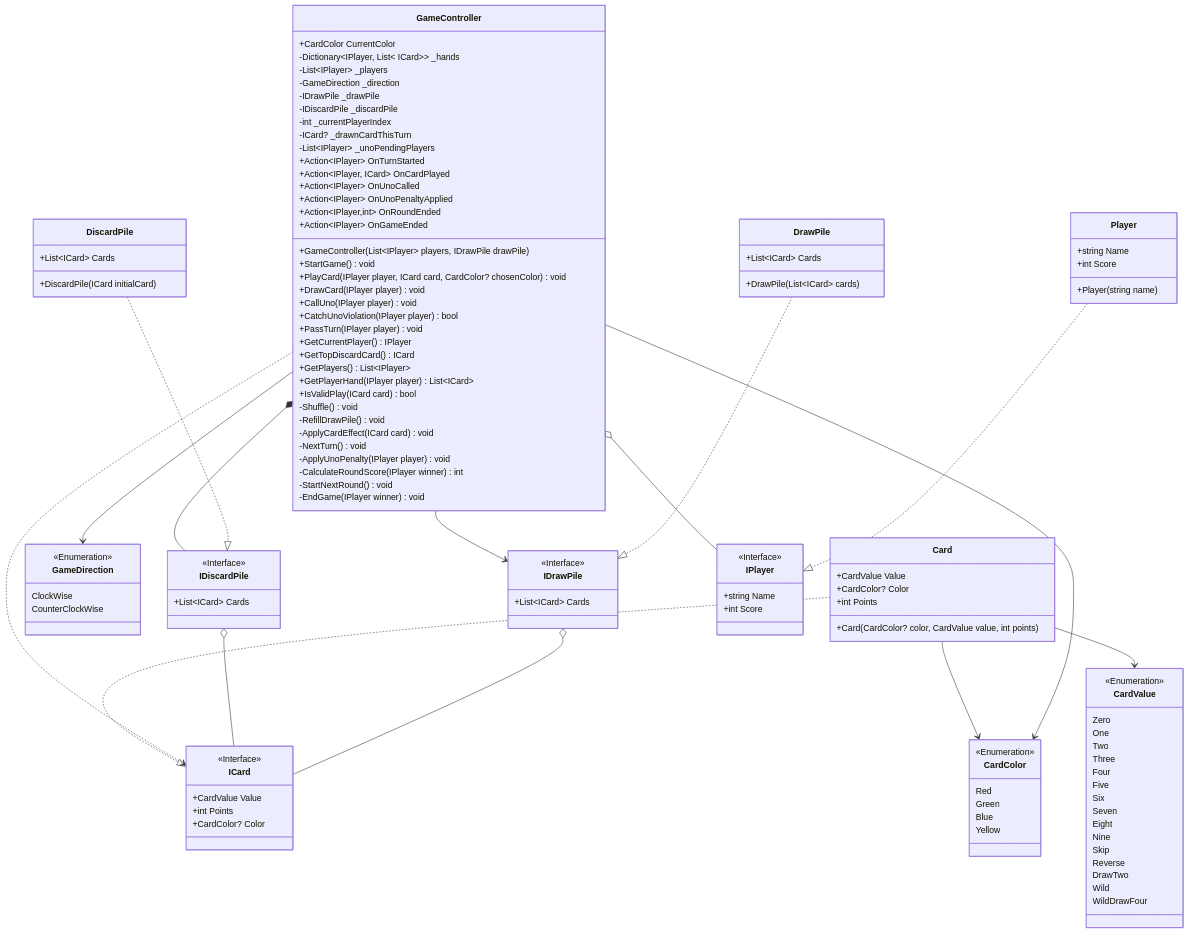
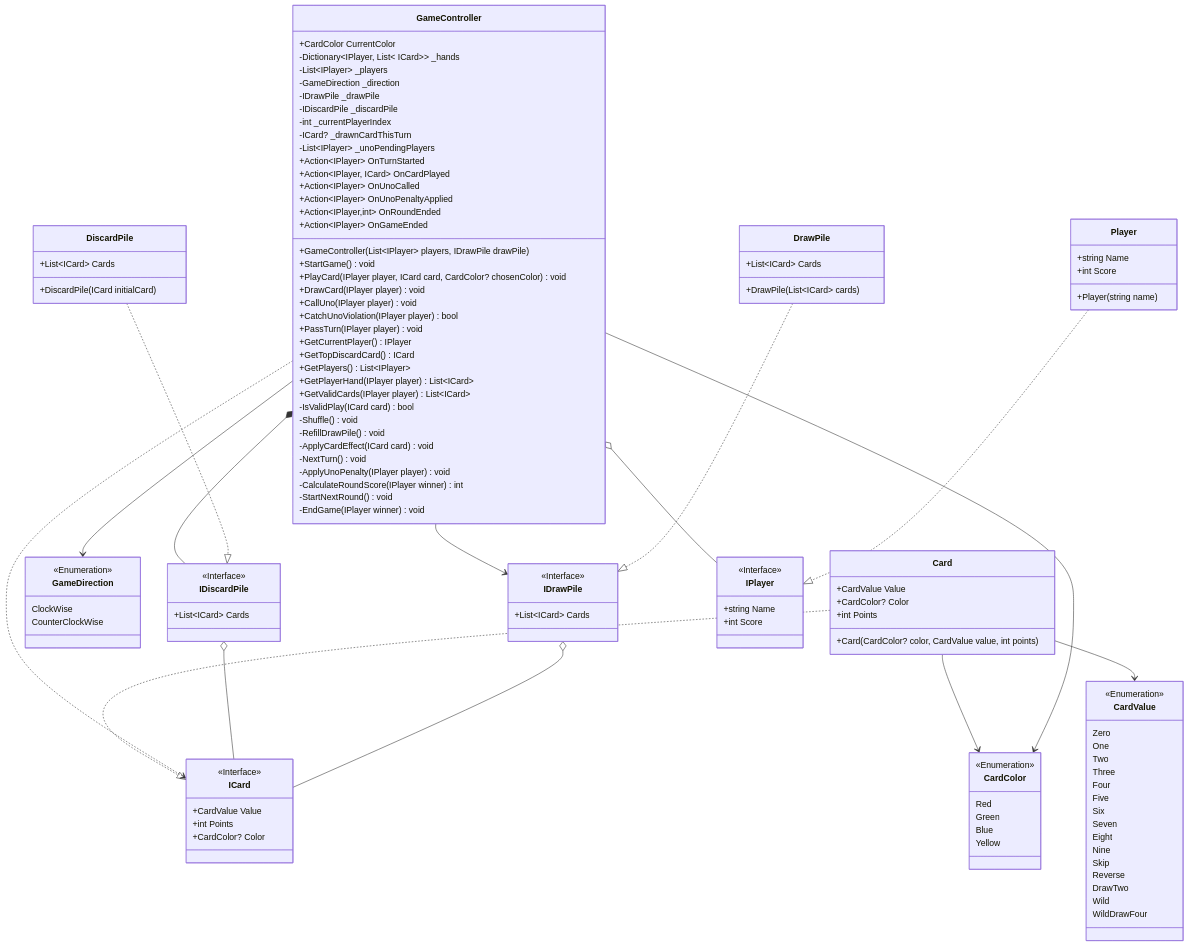
One commit to putramkti/batch-19 changed the diagram in IndividualProject/ClassDiagram/uno.md. Above: the diagram before and after it, drawn with Mermaid.

Commit message:
Refactor class diagram by removing unused methods and updating card play validation logic

```diff
--- a/IndividualProject/ClassDiagram/uno.md
+++ b/IndividualProject/ClassDiagram/uno.md
@@ -46,54 +46,31 @@
 
     class IDiscardPile {
         +List~ICard~ Cards
-        %% +AddCard(ICard card) void
-        %% +ViewTopCard() ICard
-        %% +PopAllExceptTop() List~ICard~
     }
 
     class IDrawPile {
         +List~ICard~ Cards
-        %% +DrawCard() ICard
-        %% +Shuffle() void
-        %% +IsEmpty() bool
-        %% +Refill(List~ICard~ newCards) void
-
     }
 
     class DrawPile {
 	    +List~ICard~ Cards
         +DrawPile(List~ICard~ cards)
-        %% +DrawCard() ICard
-        %% +Shuffle() void
-        %% +IsEmpty() bool
-        %% +Refill(List~ICard~ newCards) void
     }
 
     class DiscardPile {
 	    +List~ICard~ Cards
         +DiscardPile(ICard initialCard)
-        %% +AddCard(ICard card) void
-        %% +ViewTopCard() ICard
-        %% +PopAllExceptTop() List~ICard~
     }
 
     class IPlayer {
         +string Name
         +int Score
-        %% +IReadOnlyList~ICard~ Hand
-        %% +List~ICard~ Hand
-        %% +AddToHand(ICard card) void
-        %% +RemoveFromHand(ICard card) void
     }
 
     class Player {
         +string Name
         +int Score
-        %% +IReadOnlyList~ICard~ Hand
-        %% +List~ICard~ Hand
         +Player(string name)
-        %% +AddToHand(ICard card) void
-        %% +RemoveFromHand(ICard card) void
     }
     
     class GameController{
@@ -126,8 +103,9 @@
         +GetTopDiscardCard() ICard
         +GetPlayers() List~IPlayer~
         +GetPlayerHand(IPlayer player) List~ICard~
-        +IsValidPlay(ICard card) bool
+        +GetValidCards(IPlayer player) List~ICard~
 
+        -IsValidPlay(ICard card) bool
         -Shuffle() void
         -RefillDrawPile() void
         -ApplyCardEffect(ICard card) void
@@ -150,9 +128,6 @@
     Card --> CardColor
     Card --> CardValue
 
-    %% ICard ..> IDrawPile
-    %% ICard --> DiscardPile
-
     GameController --> CardColor
     GameController --> GameDirection
     GameController --> IDrawPile
@@ -161,16 +136,9 @@
     GameController ..> ICard
 
     Player ..|> IPlayer
-    %% IPlayer o-- ICard
-    %% IDrawPile *-- ICard
-    %% IDrawPile -- IDiscard
-    %% IDiscardPile *-- ICard
     
     IDiscardPile o-- ICard
     DiscardPile ..|> IDiscardPile
-
-    %% DrawPile --> ICard
-    %% DrawPile o-- ICard
 
     IDrawPile o-- ICard
     
```
